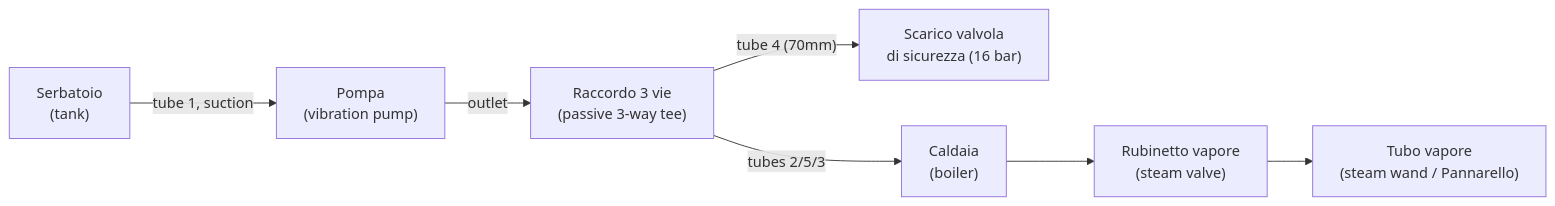
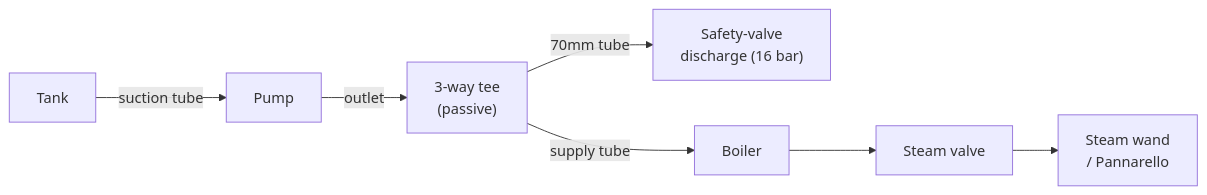
Before and after one commit to benykoren/gaggia-brew-master-esp: the second of 2 diagrams in docs/oem-manuals/README.md, drawn with Mermaid. The commit also changed other lines of this file and 1 other file, not shown here.

First line of the commit message:
Translate schematic transcriptions to English, fix 2 validation errors, add parts catalog

````diff
--- a/docs/oem-manuals/README.md
+++ b/docs/oem-manuals/README.md
@@ -114,9 +146,9 @@
 ```mermaid
 flowchart LR
-    TANK["Serbatoio<br/>(tank)"] -- "tube 1, suction" --> PUMP["Pompa<br/>(vibration pump)"]
-    PUMP -- outlet --> TWAY["Raccordo 3 vie<br/>(passive 3-way tee)"]
-    TWAY -- "tube 4 (70mm)" --> SAFETY["Scarico valvola<br/>di sicurezza (16 bar)"]
-    TWAY -- "tubes 2/5/3" --> BOILER["Caldaia<br/>(boiler)"]
-    BOILER --> STEAMTAP["Rubinetto vapore<br/>(steam valve)"]
-    STEAMTAP --> WAND["Tubo vapore<br/>(steam wand / Pannarello)"]
+    TANK["Tank"] -- "suction tube" --> PUMP["Pump"]
+    PUMP -- outlet --> TWAY["3-way tee<br/>(passive)"]
+    TWAY -- "70mm tube" --> SAFETY["Safety-valve<br/>discharge (16 bar)"]
+    TWAY -- "supply tube" --> BOILER["Boiler"]
+    BOILER --> STEAMTAP["Steam valve"]
+    STEAMTAP --> WAND["Steam wand<br/>/ Pannarello"]
 ```
````
